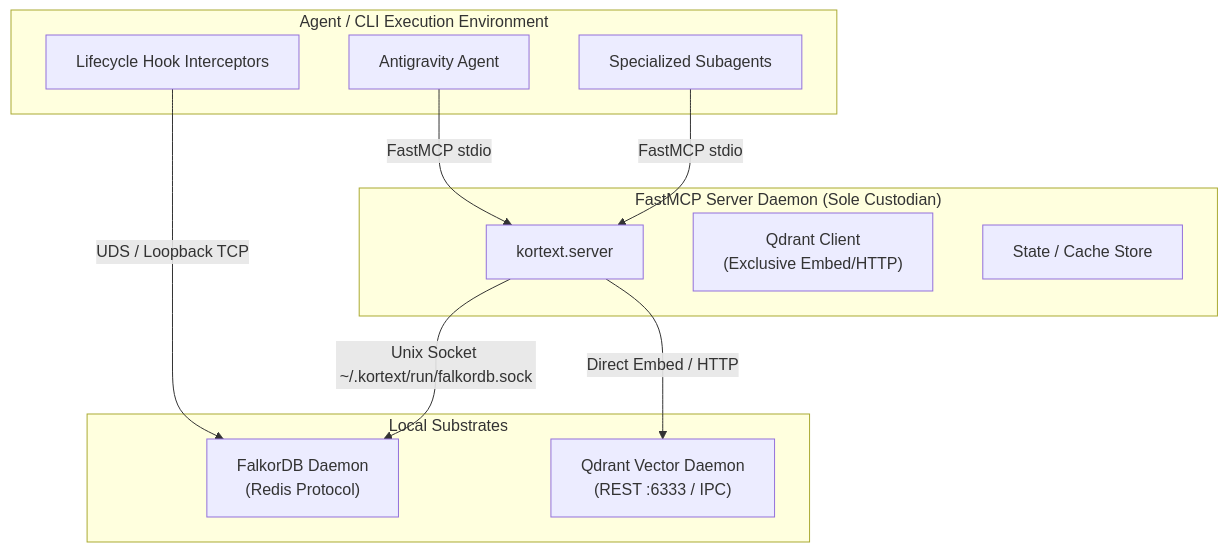
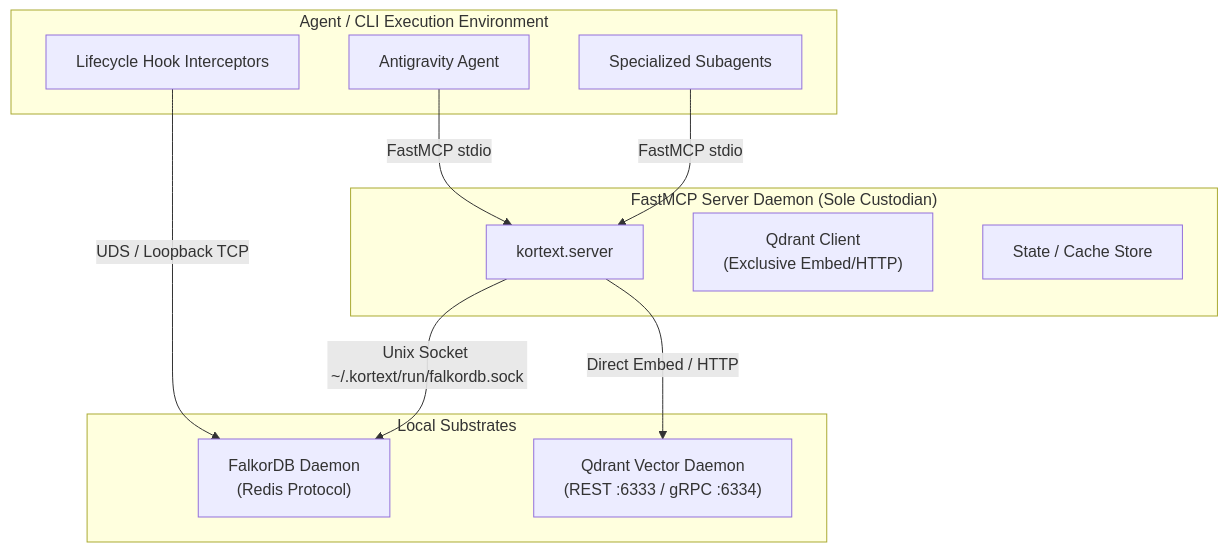
The second of 2 diagrams in docs/ARCHITECTURE.md (Unmade760/kortext), drawn with Mermaid before and after one commit. The commit also changed other lines of this file and 5 other files, not shown here.

````diff
--- a/docs/ARCHITECTURE.md
+++ b/docs/ARCHITECTURE.md
@@ -66,25 +66,25 @@
 ```mermaid
 graph TD
     subgraph AntigravityHost["Agent / CLI Execution Environment"]
         Agent["Antigravity Agent"]
         Hooks["Lifecycle Hook Interceptors"]
         Subagents["Specialized Subagents"]
     end
 
     subgraph FastMCPServer["FastMCP Server Daemon (Sole Custodian)"]
         MCP["kortext.server"]
         QdrantClientInstance["Qdrant Client\n(Exclusive Embed/HTTP)"]
         RocksDBState["State / Cache Store"]
     end
 
     subgraph Substrates["Local Substrates"]
         FalkorDB["FalkorDB Daemon\n(Redis Protocol)"]
-        QdrantEngine["Qdrant Vector Daemon\n(REST :6333 / IPC)"]
+        QdrantEngine["Qdrant Vector Daemon\n(REST :6333 / gRPC :6334)"]
     end
 
     Agent -->|FastMCP stdio| MCP
     Hooks -->|UDS / Loopback TCP| FalkorDB
     Subagents -->|FastMCP stdio| MCP
     MCP -->|Direct Embed / HTTP| QdrantEngine
     MCP -->|Unix Socket ~/.kortext/run/falkordb.sock| FalkorDB
 ```
````
